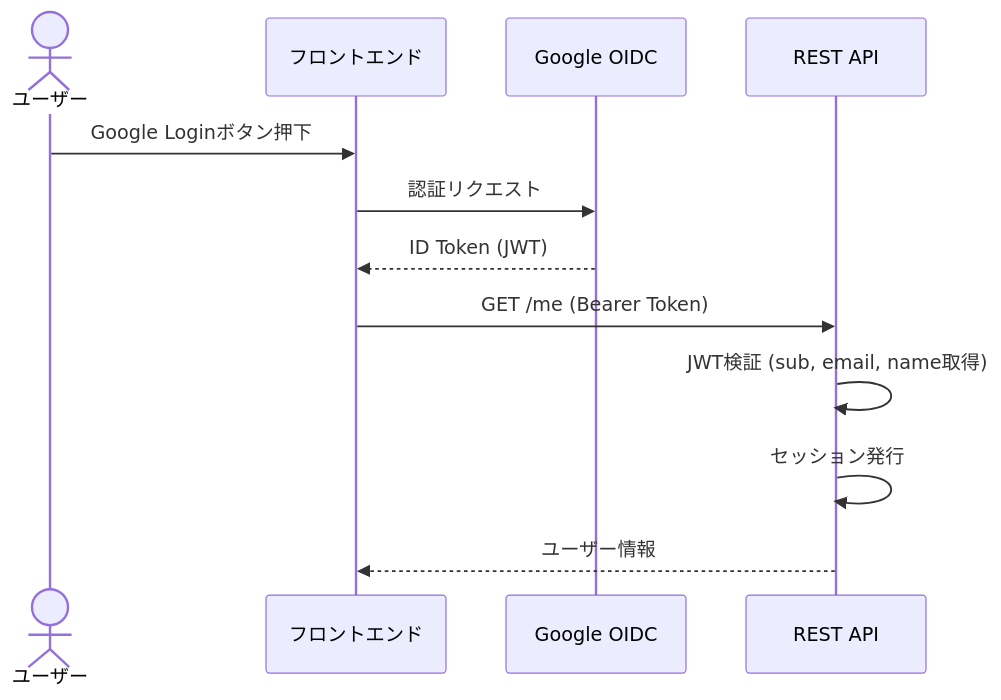
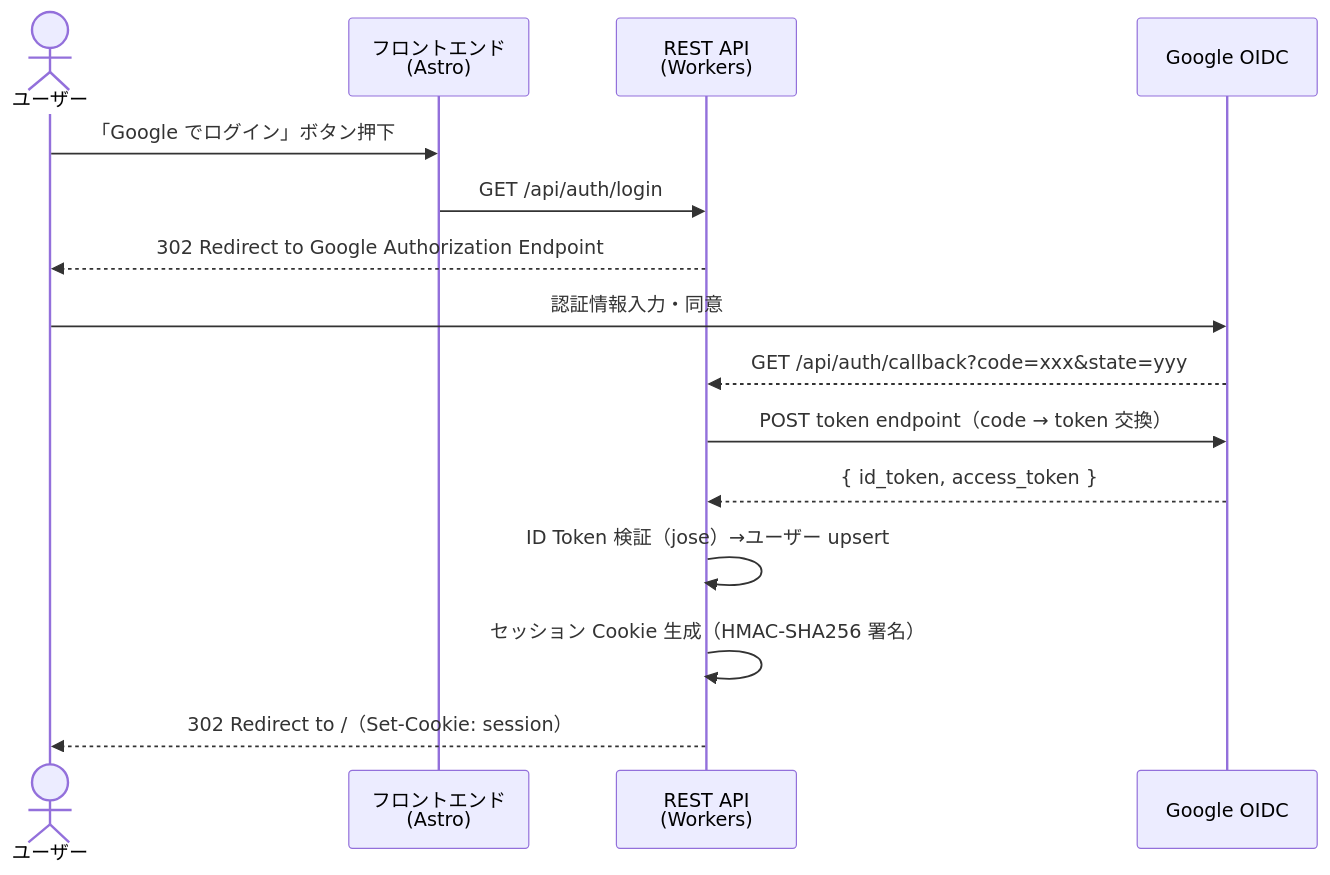
The third of 4 diagrams in docs/architecture.md (gorou-178/slide-stock), drawn with Mermaid before and after one commit. The commit also changed other lines of this file and 7 other files, not shown here.

````diff
--- a/docs/architecture.md
+++ b/docs/architecture.md
@@ -78,15 +78,18 @@
 ```mermaid
 sequenceDiagram
     actor User as ユーザー
-    participant FE as フロントエンド
+    participant FE as フロントエンド<br/>(Astro)
+    participant API as REST API<br/>(Workers)
     participant Google as Google OIDC
-    participant API as REST API
 
-    User->>FE: Google Loginボタン押下
-    FE->>Google: 認証リクエスト
-    Google-->>FE: ID Token (JWT)
-    FE->>API: GET /me (Bearer Token)
-    API->>API: JWT検証 (sub, email, name取得)
-    API->>API: セッション発行
-    API-->>FE: ユーザー情報
+    User->>FE: 「Google でログイン」ボタン押下
+    FE->>API: GET /api/auth/login
+    API-->>User: 302 Redirect to Google Authorization Endpoint
+    User->>Google: 認証情報入力・同意
+    Google-->>API: GET /api/auth/callback?code=xxx&state=yyy
+    API->>Google: POST token endpoint（code → token 交換）
+    Google-->>API: { id_token, access_token }
+    API->>API: ID Token 検証（jose）→ユーザー upsert
+    API->>API: セッション Cookie 生成（HMAC-SHA256 署名）
+    API-->>User: 302 Redirect to /（Set-Cookie: session）
 ```
````
